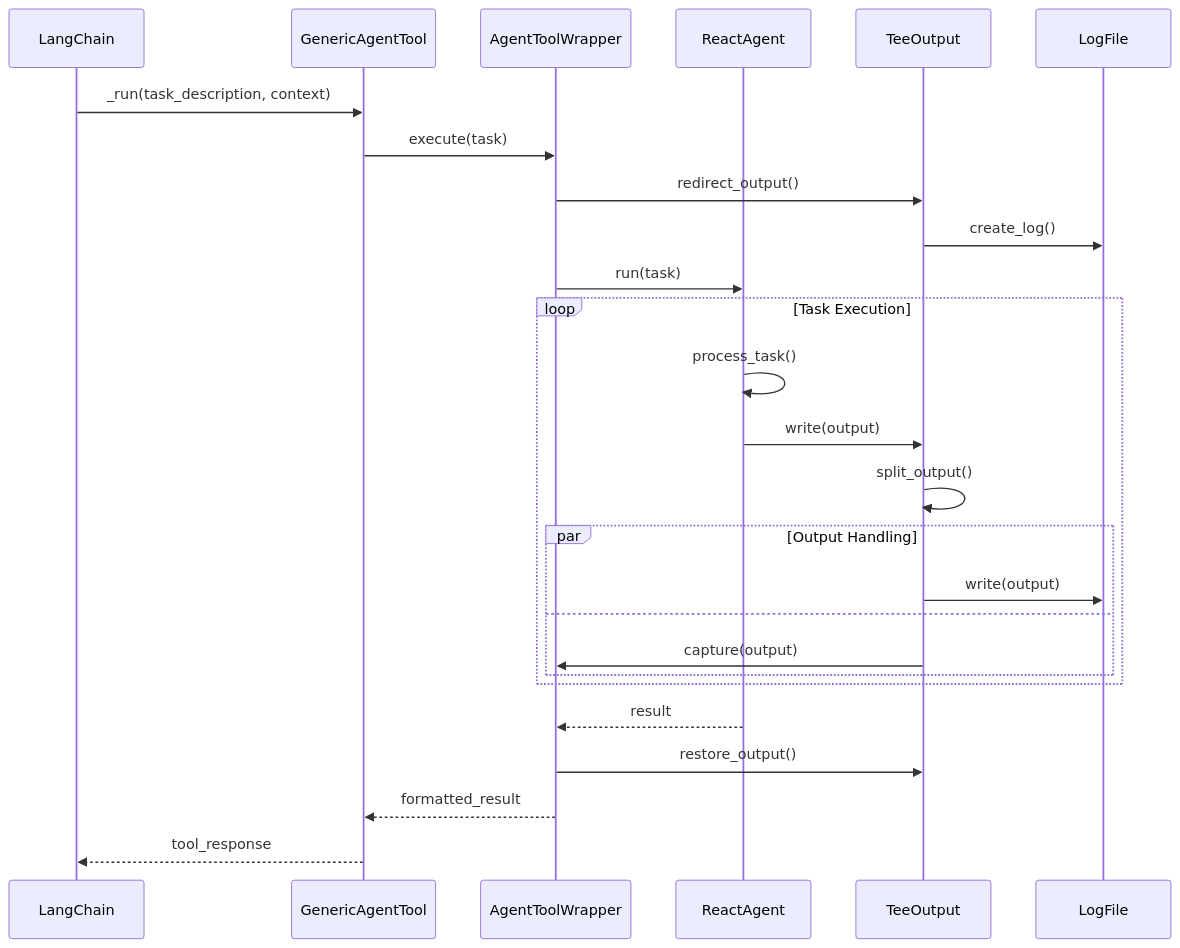
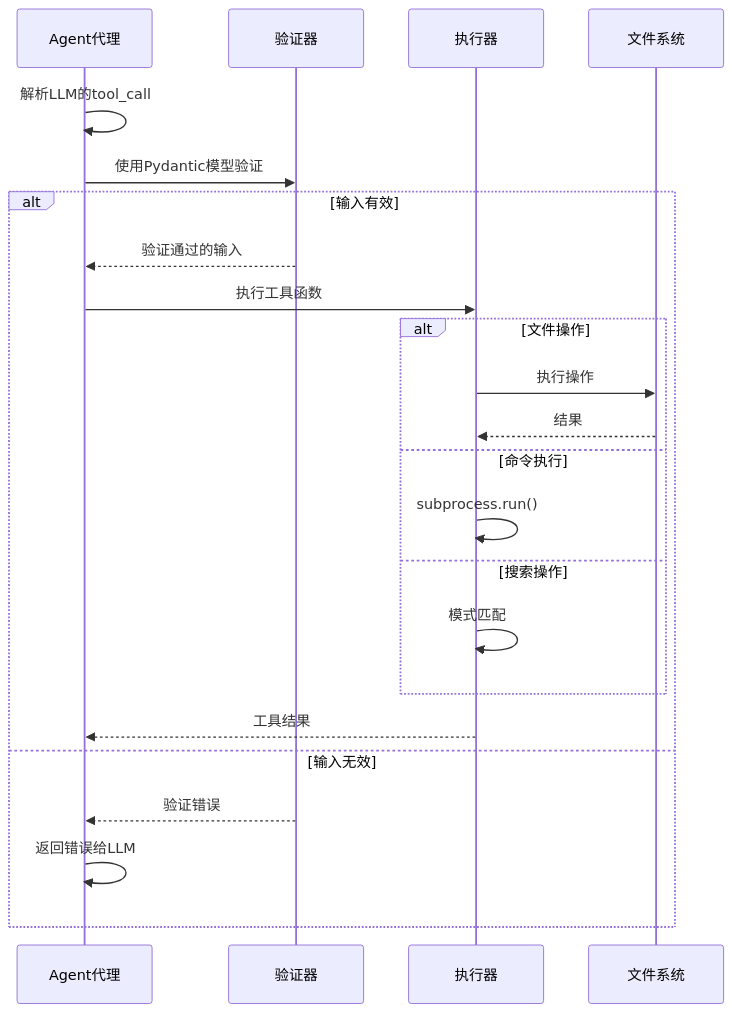
One commit to guci314/mda changed the third of 8 diagrams in pim-compiler/react_is_all_you_need/uml_model/interaction_diagram.md. Above: the diagram before and after it, drawn with Mermaid. The commit also changed other lines of this file and 42 other files, not shown here.

````diff
--- a/pim-compiler/react_is_all_you_need/uml_model/interaction_diagram.md
+++ b/pim-compiler/react_is_all_you_need/uml_model/interaction_diagram.md
@@ -157,33 +74,29 @@
 ```mermaid
 sequenceDiagram
-    participant LangChain
-    participant GenericAgentTool
-    participant AgentToolWrapper
-    participant ReactAgent
-    participant TeeOutput
-    participant LogFile
+    participant Agent代理
+    participant 验证器
+    participant 执行器
+    participant 文件系统
 
-    LangChain->>GenericAgentTool: _run(task_description, context)
-    GenericAgentTool->>AgentToolWrapper: execute(task)
+    Agent代理->>Agent代理: 解析LLM的tool_call
     
-    AgentToolWrapper->>TeeOutput: redirect_output()
-    TeeOutput->>LogFile: create_log()
-    
-    AgentToolWrapper->>ReactAgent: run(task)
-    
-    loop Task Execution
-        ReactAgent->>ReactAgent: process_task()
-        ReactAgent->>TeeOutput: write(output)
-        TeeOutput->>TeeOutput: split_output()
-        par Output Handling
-            TeeOutput->>LogFile: write(output)
-        and
-            TeeOutput->>AgentToolWrapper: capture(output)
+    Agent代理->>验证器: 使用Pydantic模型验证
+    alt 输入有效
+        验证器-->>Agent代理: 验证通过的输入
+        Agent代理->>执行器: 执行工具函数
+        
+        alt 文件操作
+            执行器->>文件系统: 执行操作
+            文件系统-->>执行器: 结果
+        else 命令执行
+            执行器->>执行器: subprocess.run()
+        else 搜索操作
+            执行器->>执行器: 模式匹配
         end
+        
+        执行器-->>Agent代理: 工具结果
+    else 输入无效
+        验证器-->>Agent代理: 验证错误
+        Agent代理->>Agent代理: 返回错误给LLM
     end
-    
-    ReactAgent-->>AgentToolWrapper: result
-    AgentToolWrapper->>TeeOutput: restore_output()
-    AgentToolWrapper-->>GenericAgentTool: formatted_result
-    GenericAgentTool-->>LangChain: tool_response
 ```
````
